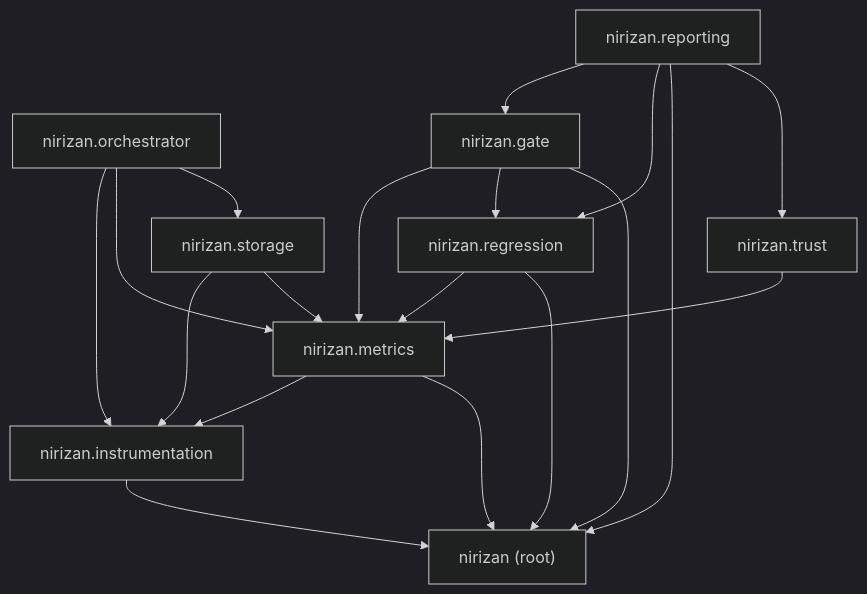
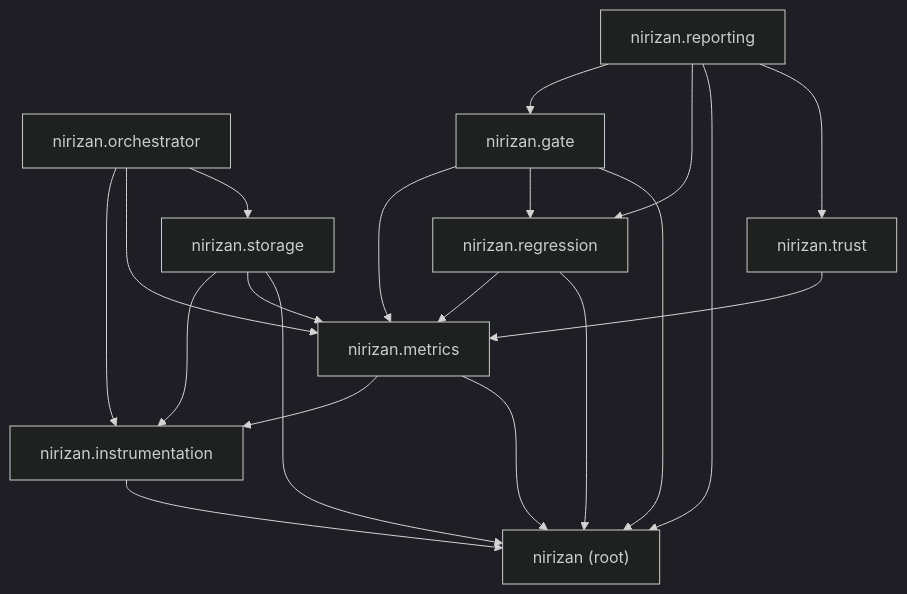
The diagram in docs/dependency-graph.md (Red1-Rahman/NiriZan), drawn with Mermaid (dark theme) before and after one commit. The commit also changed other lines of this file, not shown here.

Commit message:
docs: regenerate dependency graph

````diff
--- a/docs/dependency-graph.md
+++ b/docs/dependency-graph.md
@@ -11,30 +11,31 @@
 ```mermaid
 flowchart TB
     root["nirizan (root)"]
     instrumentation["nirizan.instrumentation"]
     orchestrator["nirizan.orchestrator"]
     metrics["nirizan.metrics"]
     trust["nirizan.trust"]
     storage["nirizan.storage"]
     regression["nirizan.regression"]
     gate["nirizan.gate"]
     reporting["nirizan.reporting"]
     gate --> metrics
     gate --> regression
     gate --> root
     instrumentation --> root
     metrics --> instrumentation
     metrics --> root
     orchestrator --> instrumentation
     orchestrator --> metrics
     orchestrator --> storage
     regression --> metrics
     regression --> root
     reporting --> gate
     reporting --> regression
     reporting --> root
     reporting --> trust
     storage --> instrumentation
     storage --> metrics
+    storage --> root
     trust --> metrics
 ```
````
